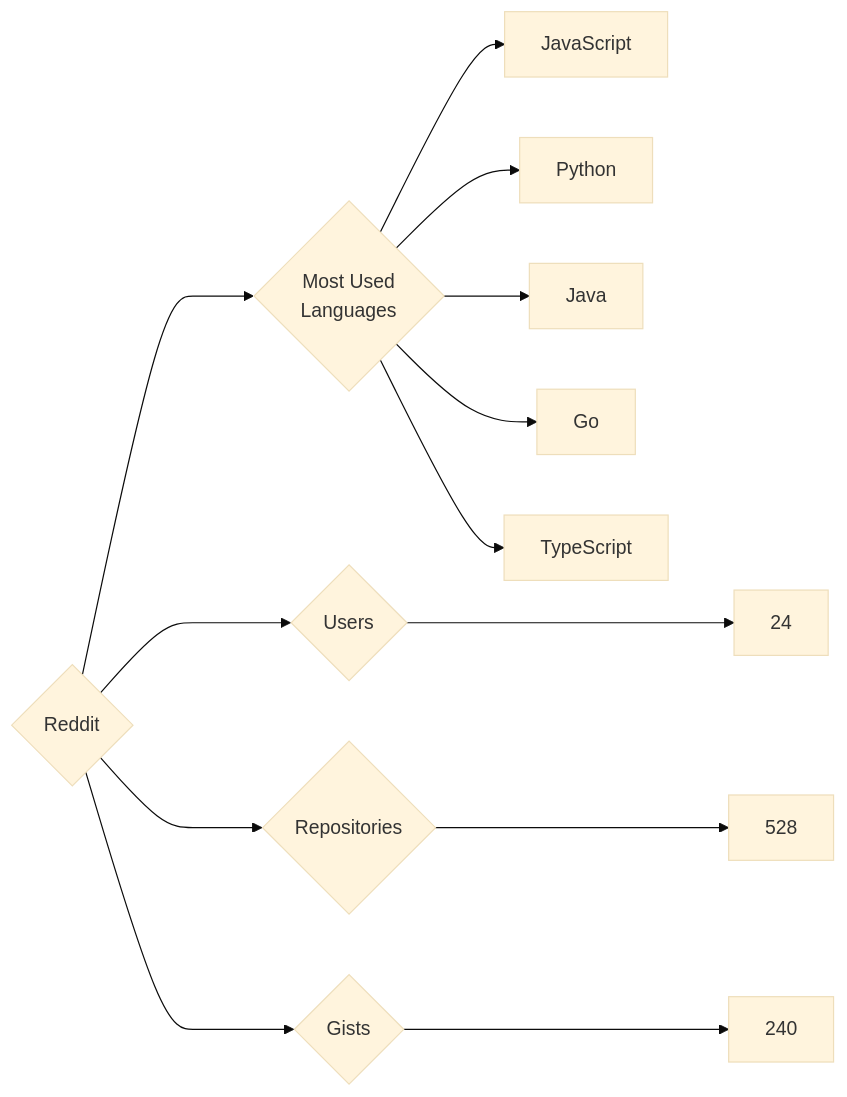
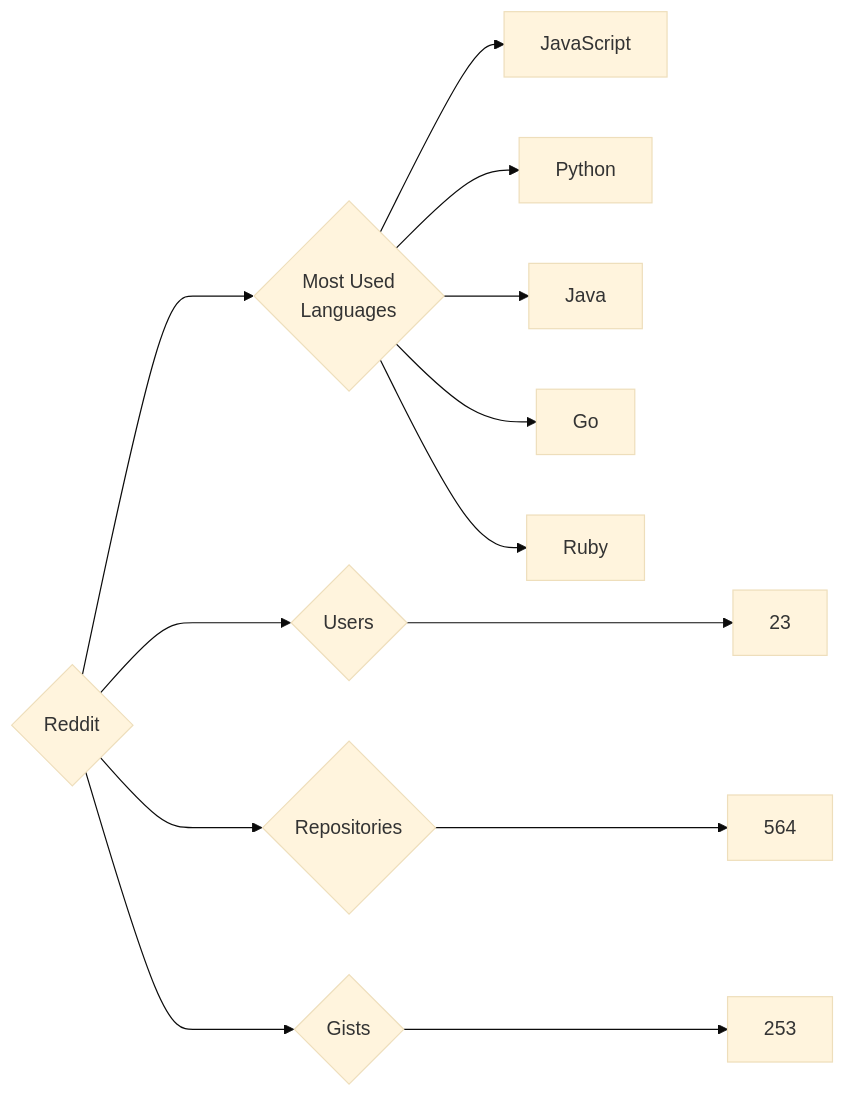
Before and after one commit to trickest/insiders: the diagram in targets/Reddit/README.md, drawn with Mermaid (base theme). The commit also changed 1484 other files, not shown here.

````diff
--- a/targets/Reddit/README.md
+++ b/targets/Reddit/README.md
@@ -3,13 +3,13 @@
 ```mermaid
 graph LR
 COMPANY_NAME{Reddit}
-COMPANY_NAME ---> U{Users} ---> UN[24]
-COMPANY_NAME ---> R{Repositories} ---> RN[528]
-COMPANY_NAME ---> G{Gists} ---> GN[240]
+COMPANY_NAME ---> U{Users} ---> UN[23]
+COMPANY_NAME ---> R{Repositories} ---> RN[564]
+COMPANY_NAME ---> G{Gists} ---> GN[253]
 COMPANY_NAME ---> ML{Most Used<br>Languages}
 ML --> JavaScript[JavaScript]
 ML --> Python[Python]
 ML --> Java[Java]
 ML --> Go[Go]
-ML --> TypeScript[TypeScript]
+ML --> Ruby[Ruby]
 ```
````
